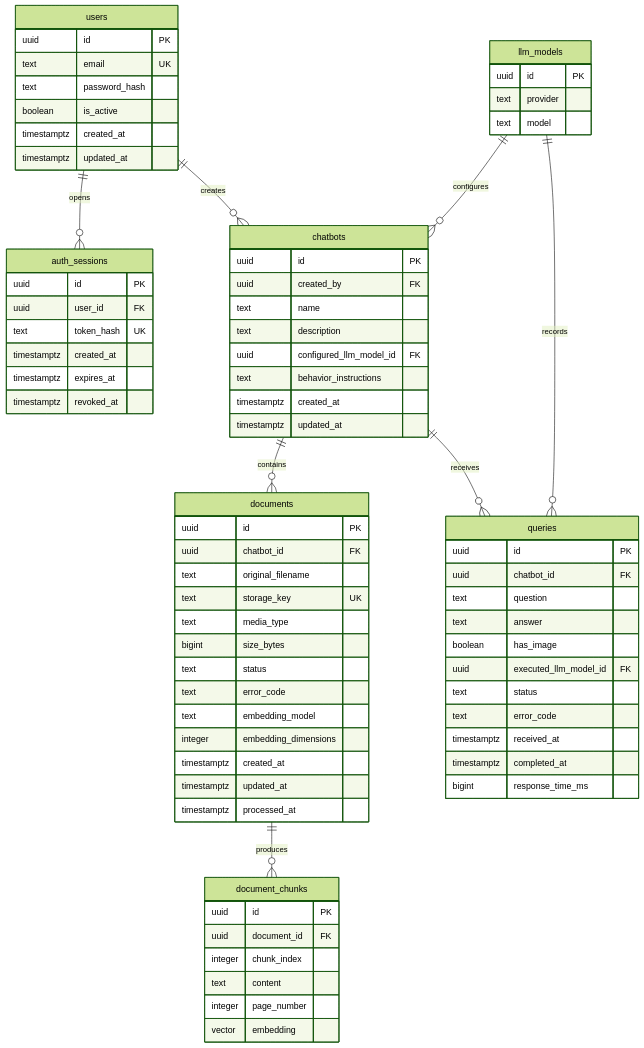
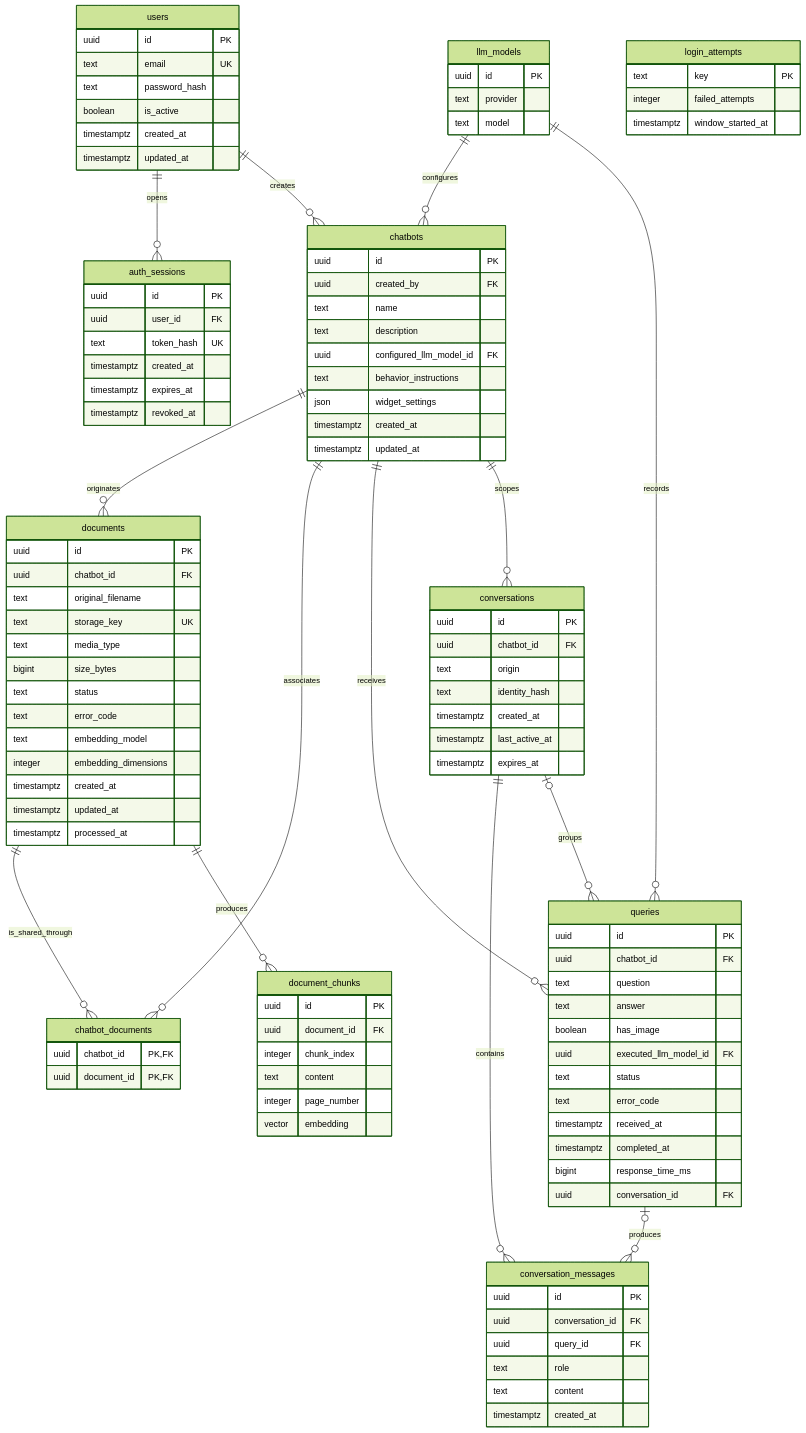
The first of 2 diagrams in docs/database-design.md (lucaduck/BiDachat), drawn with Mermaid (forest theme) before and after one commit. The commit also changed other lines of this file and 226 other files, not shown here.

````diff
--- a/docs/database-design.md
+++ b/docs/database-design.md
@@ -42,9 +42,15 @@
     users ||--o{ chatbots : creates
     llm_models ||--o{ chatbots : configures
     llm_models ||--o{ queries : records
-    chatbots ||--o{ documents : contains
+    chatbots ||--o{ documents : originates
+    chatbots ||--o{ chatbot_documents : associates
+    documents ||--o{ chatbot_documents : is_shared_through
     documents ||--o{ document_chunks : produces
     chatbots ||--o{ queries : receives
+    chatbots ||--o{ conversations : scopes
+    conversations ||--o{ conversation_messages : contains
+    conversations o|--o{ queries : groups
+    queries o|--o{ conversation_messages : produces
 
     users {
         uuid id PK
@@ -74,6 +80,7 @@
         text description
         uuid configured_llm_model_id FK
         text behavior_instructions
+        json widget_settings
         timestamptz created_at
         timestamptz updated_at
     }
@@ -91,6 +98,10 @@
         timestamptz created_at
         timestamptz updated_at
         timestamptz processed_at
+    }
+    chatbot_documents {
+        uuid chatbot_id PK, FK
+        uuid document_id PK, FK
     }
     document_chunks {
         uuid id PK
@@ -112,5 +123,28 @@
         timestamptz received_at
         timestamptz completed_at
         bigint response_time_ms
+        uuid conversation_id FK
+    }
+    conversations {
+        uuid id PK
+        uuid chatbot_id FK
+        text origin
+        text identity_hash
+        timestamptz created_at
+        timestamptz last_active_at
+        timestamptz expires_at
+    }
+    conversation_messages {
+        uuid id PK
+        uuid conversation_id FK
+        uuid query_id FK
+        text role
+        text content
+        timestamptz created_at
+    }
+    login_attempts {
+        text key PK
+        integer failed_attempts
+        timestamptz window_started_at
     }
 ```
````
